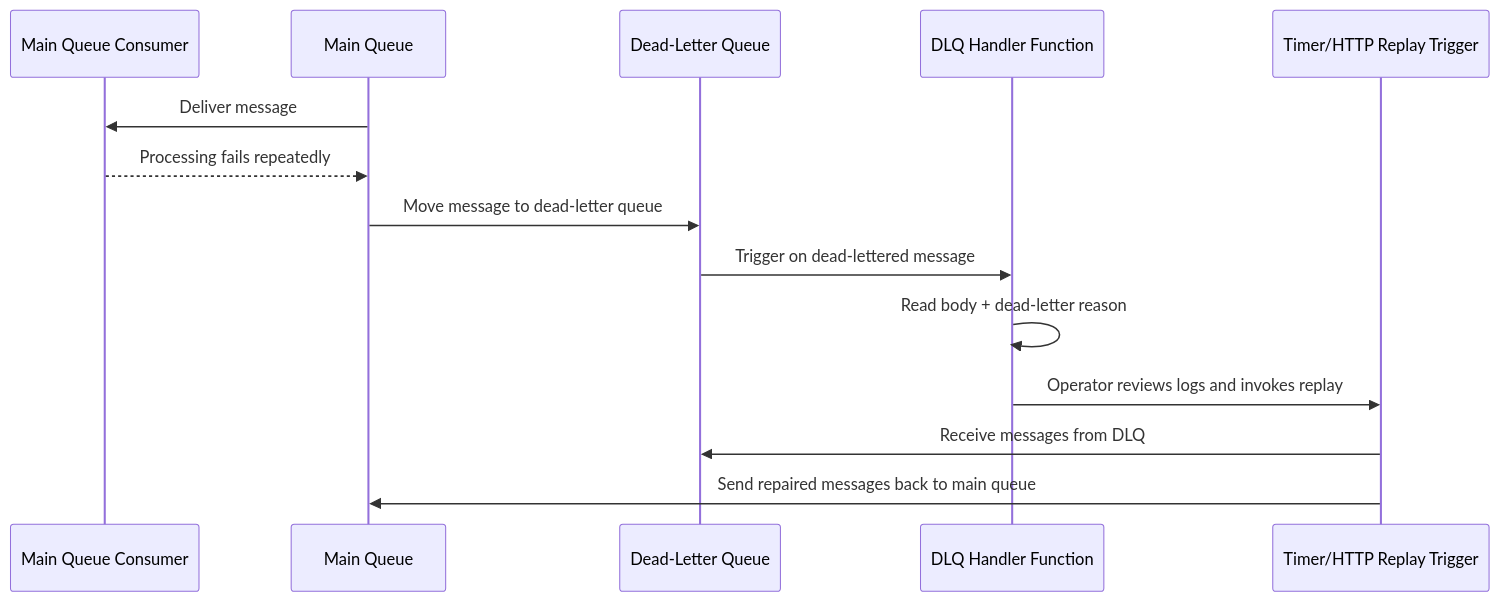
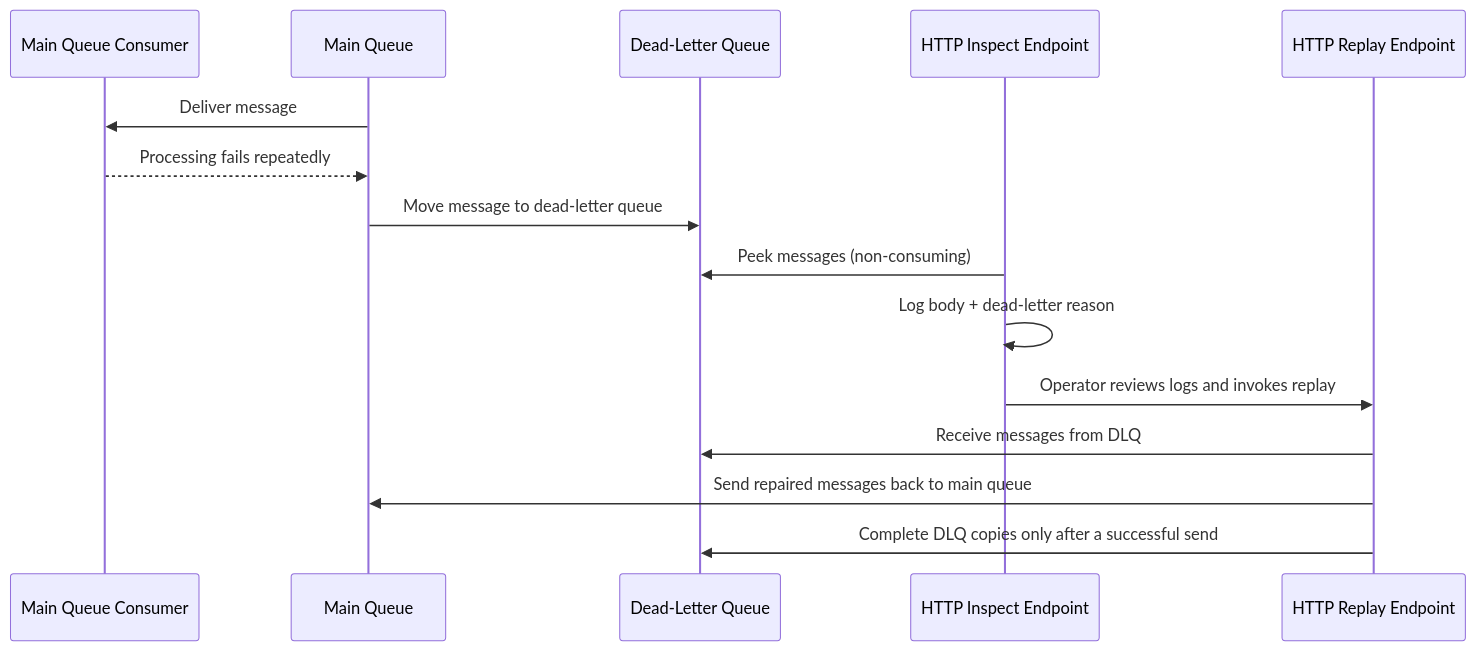
One commit to yeongseon/azure-functions-cookbook-python changed the second of 2 diagrams in docs/patterns/messaging-and-pubsub/servicebus-dlq-replay.md. Above: the diagram before and after it, drawn with Mermaid. The commit also changed other lines of this file and 3 other files, not shown here.

````diff
--- a/docs/patterns/messaging-and-pubsub/servicebus-dlq-replay.md
+++ b/docs/patterns/messaging-and-pubsub/servicebus-dlq-replay.md
@@ -35,17 +36,18 @@
 ```mermaid
 sequenceDiagram
     participant Worker as Main Queue Consumer
     participant Queue as Main Queue
     participant DLQ as Dead-Letter Queue
-    participant Function as DLQ Handler Function
-    participant Replay as Timer/HTTP Replay Trigger
+    participant Inspect as HTTP Inspect Endpoint
+    participant Replay as HTTP Replay Endpoint
 
     Queue->>Worker: Deliver message
     Worker-->>Queue: Processing fails repeatedly
     Queue->>DLQ: Move message to dead-letter queue
-    DLQ->>Function: Trigger on dead-lettered message
-    Function->>Function: Read body + dead-letter reason
-    Function->>Replay: Operator reviews logs and invokes replay
+    Inspect->>DLQ: Peek messages (non-consuming)
+    Inspect->>Inspect: Log body + dead-letter reason
+    Inspect->>Replay: Operator reviews logs and invokes replay
     Replay->>DLQ: Receive messages from DLQ
     Replay->>Queue: Send repaired messages back to main queue
+    Replay->>DLQ: Complete DLQ copies only after a successful send
 ```
````
